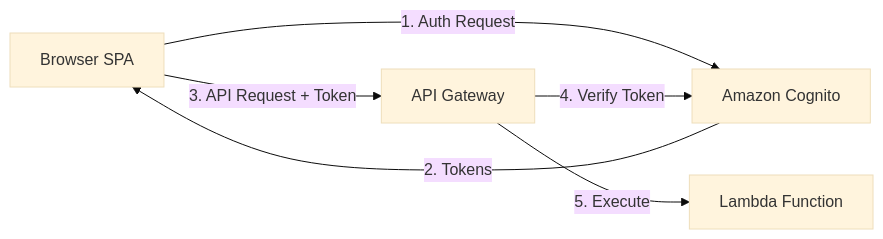
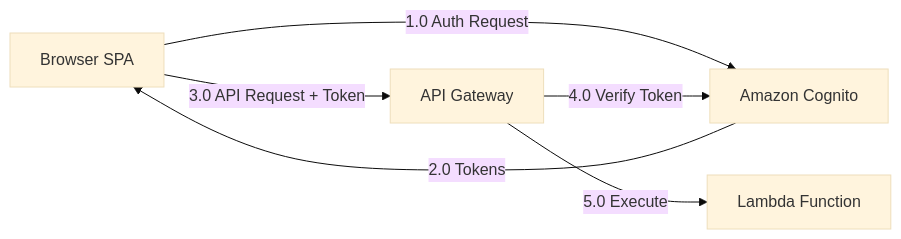
The first of 3 diagrams in README.md (rmasucci/AWS-API), drawn with Mermaid (base theme) before and after one commit.

````diff
--- a/README.md
+++ b/README.md
@@ -22,13 +22,13 @@
 ```mermaid
 flowchart LR
     SPA[Browser SPA]
     Cognito[Amazon Cognito]
     API[API Gateway]
     Lambda[Lambda Function]
 
-    SPA --> |1. Auth Request| Cognito
-    Cognito --> |2. Tokens| SPA
-    SPA --> |3. API Request + Token| API
-    API --> |4. Verify Token| Cognito
-    API --> |5. Execute| Lambda
+    SPA[Browser SPA] --> |1.0 Auth Request| Cognito[Amazon Cognito]
+    Cognito --> |2.0 Tokens| SPA
+    SPA --> |3.0 API Request + Token| API[API Gateway]
+    API --> |4.0 Verify Token| Cognito
+    API --> |5.0 Execute| Lambda[Lambda Function]
 ```
````
